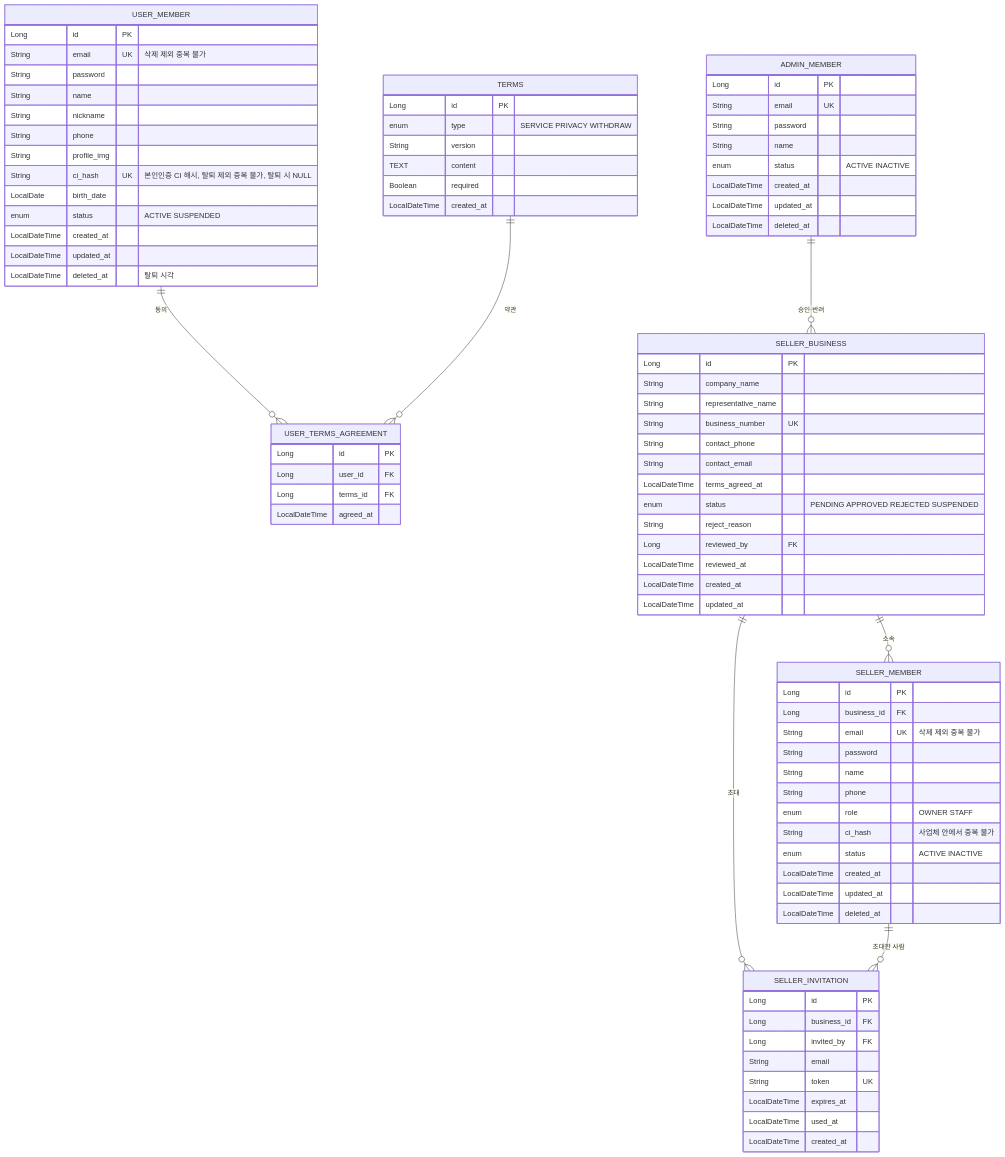
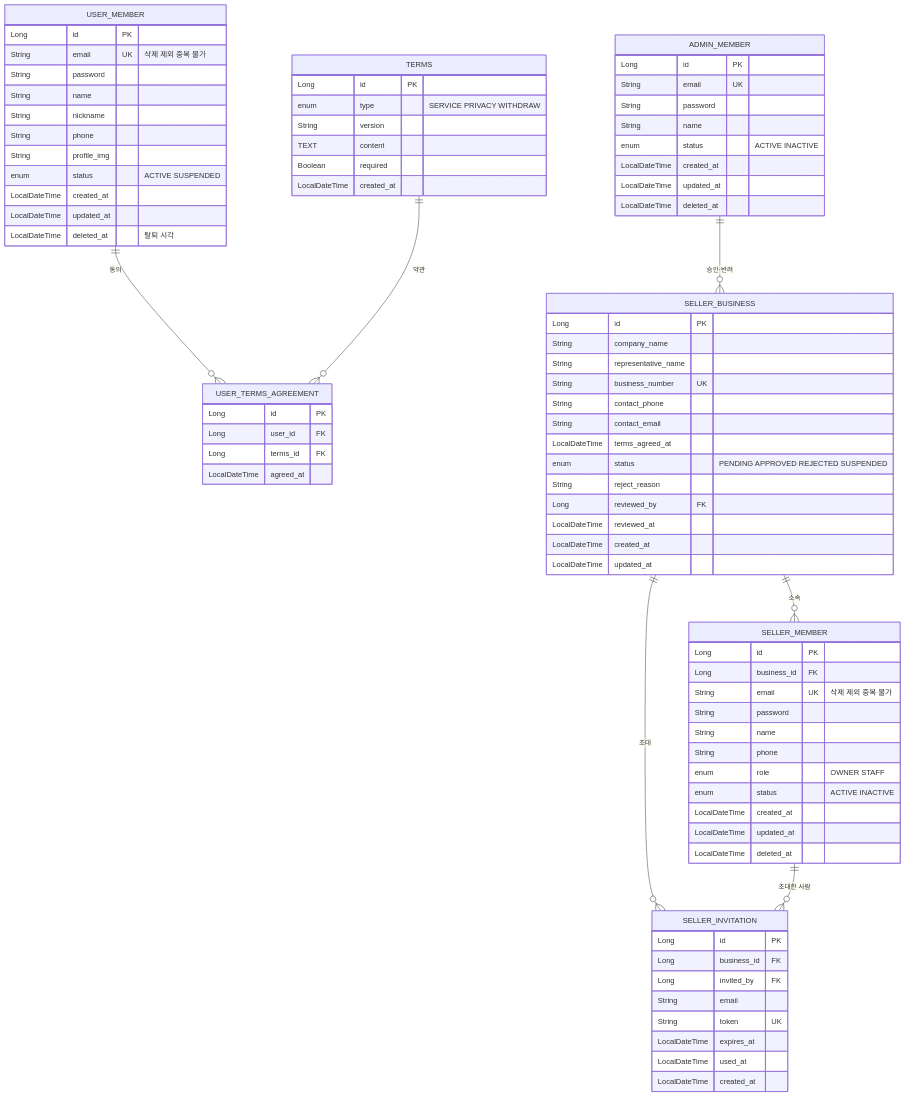
The diagram in doc/part1-user-area.md (prgrms-be-devcourse/NBE12-14-final-squirrel), drawn with Mermaid before and after one commit. The commit also changed other lines of this file and 39 other files, not shown here.

```diff
--- a/doc/part1-user-area.md
+++ b/doc/part1-user-area.md
@@ -25,8 +25,6 @@
         String nickname
         String phone
         String profile_img
-        String ci_hash UK "본인인증 CI 해시, 탈퇴 제외 중복 불가, 탈퇴 시 NULL"
-        LocalDate birth_date
         enum status "ACTIVE SUSPENDED"
         LocalDateTime created_at
         LocalDateTime updated_at
@@ -69,7 +67,6 @@
         String name
         String phone
         enum role "OWNER STAFF"
-        String ci_hash "사업체 안에서 중복 불가"
         enum status "ACTIVE INACTIVE"
         LocalDateTime created_at
         LocalDateTime updated_at
```
